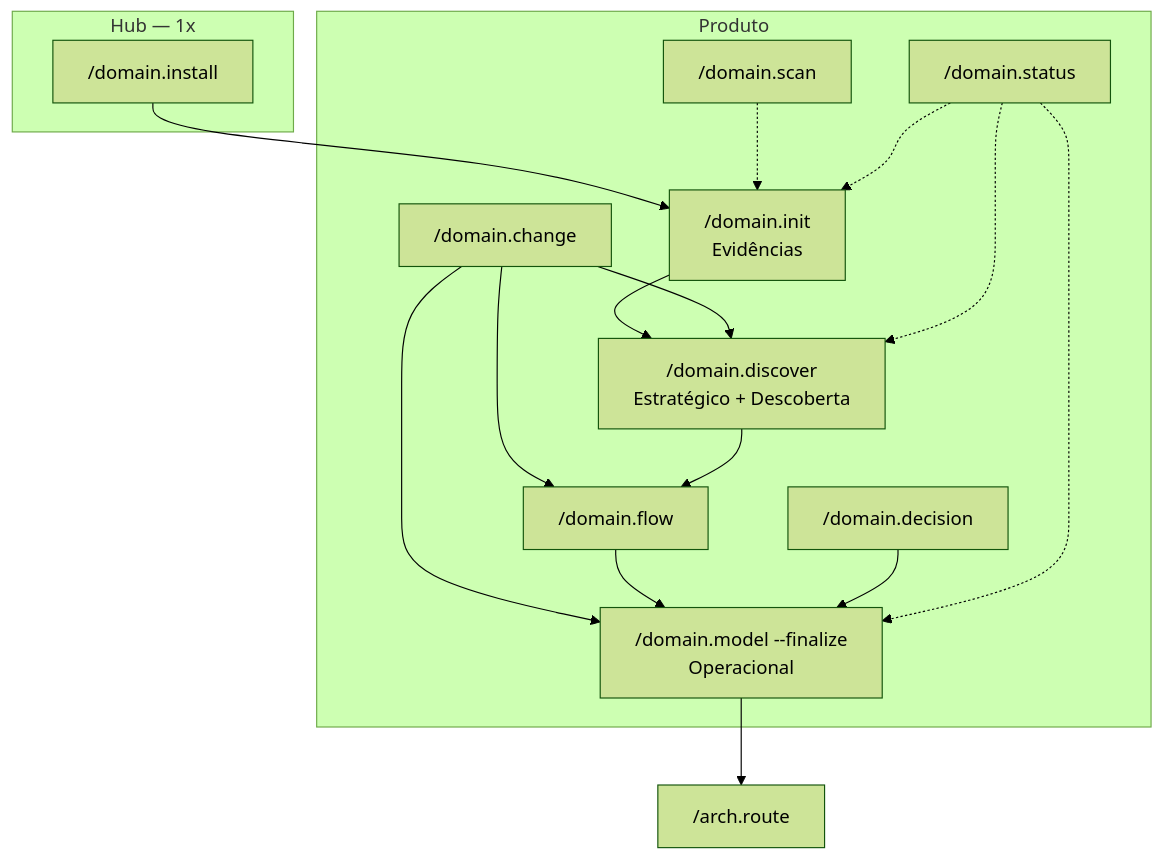
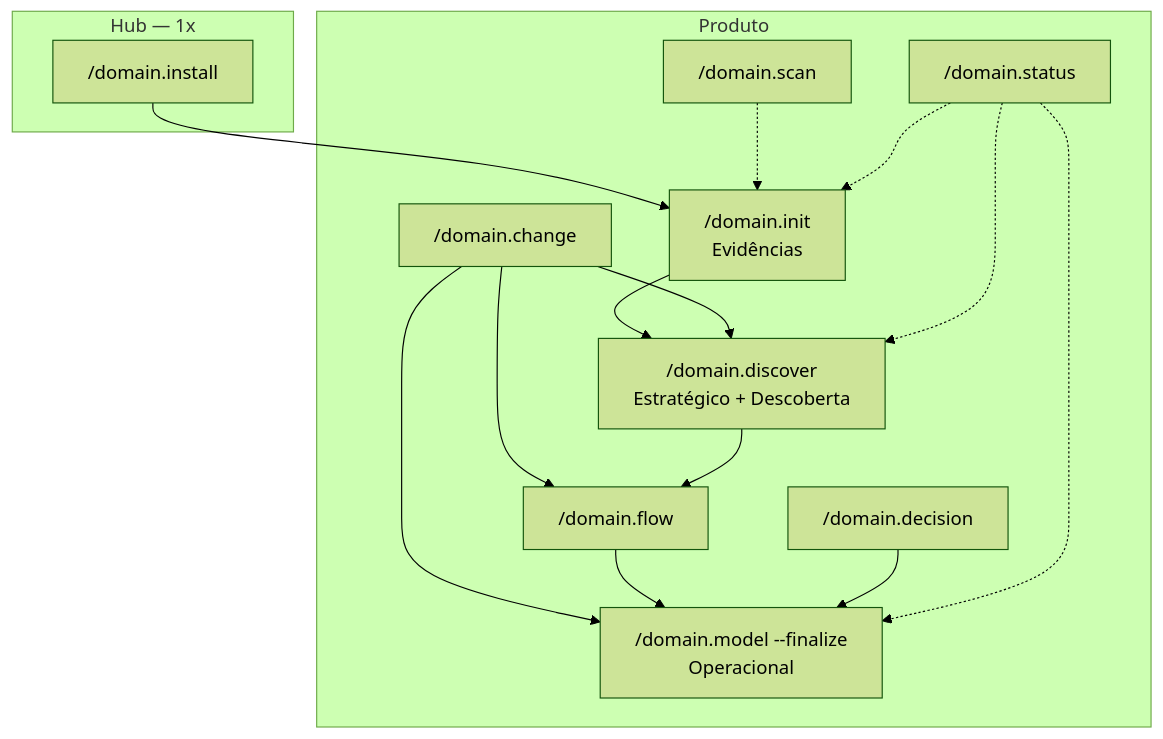
Before and after one commit to DudaMoresco/work-kit: the diagram in domain-kit/COMMAND-GUIDE.md, drawn with Mermaid (forest theme). The commit also changed other lines of this file and 94 other files, not shown here.

````diff
--- a/domain-kit/COMMAND-GUIDE.md
+++ b/domain-kit/COMMAND-GUIDE.md
@@ -160,29 +163,28 @@
 ```mermaid
 flowchart TB
   subgraph hub [Hub — 1x]
     INS["/domain.install"]
   end
   subgraph product [Produto]
     INI["/domain.init\nEvidências"]
     SCN["/domain.scan"]
     CHG["/domain.change"]
     DIS["/domain.discover\nEstratégico + Descoberta"]
     FL["/domain.flow"]
     DEC["/domain.decision"]
     MOD["/domain.model --finalize\nOperacional"]
     STA["/domain.status"]
   end
   INS --> INI
   INI --> DIS
   SCN -.-> INI
   CHG --> DIS
   CHG --> FL
   CHG --> MOD
   DIS --> FL
   FL --> MOD
   DEC --> MOD
-  MOD --> ARCH["/arch.route"]
   STA -.-> INI
   STA -.-> DIS
   STA -.-> MOD
 ```
````
